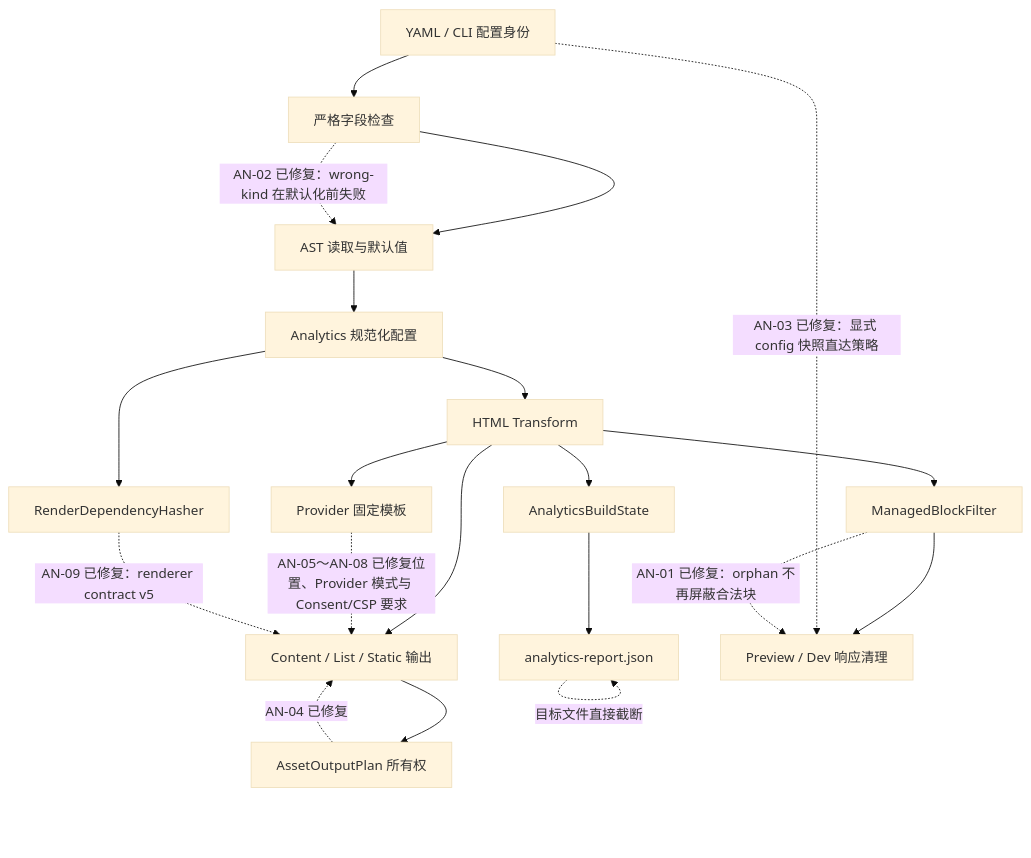
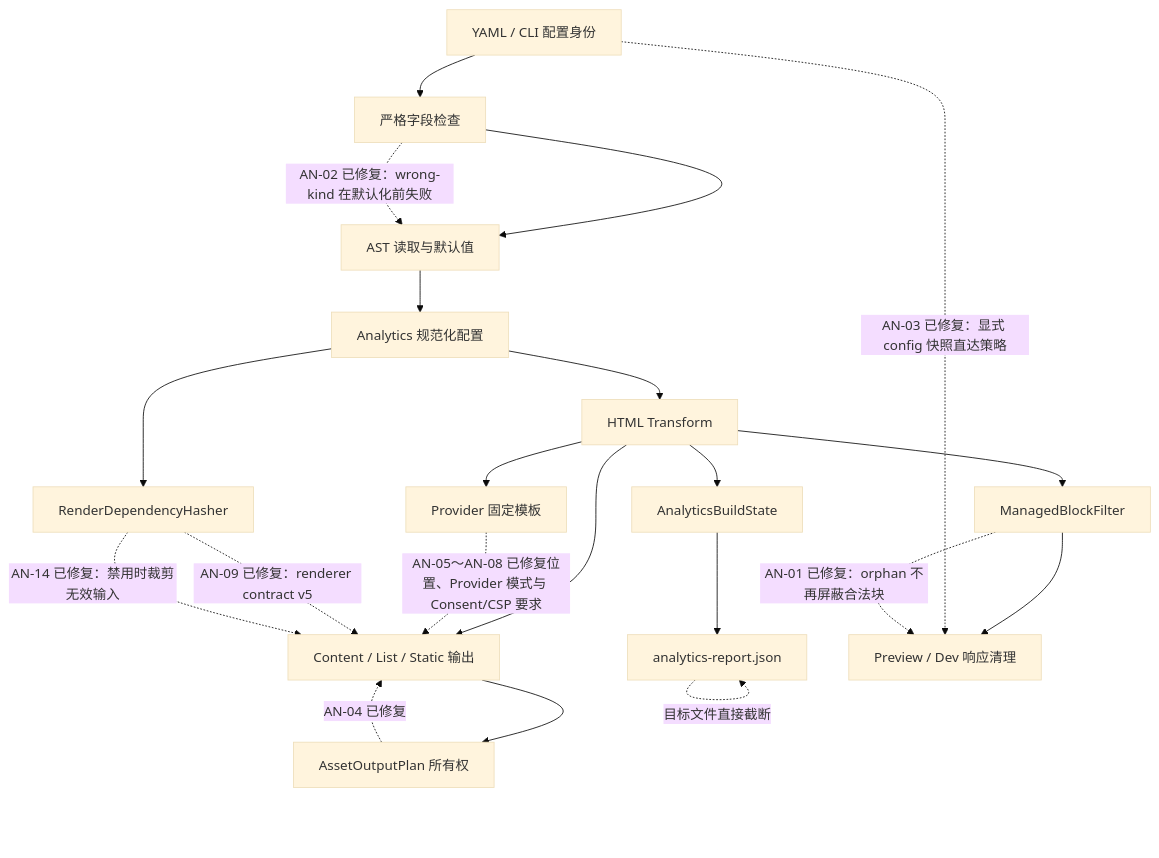
One commit to ALi365-SDN-BHD/Bukit changed the diagram in docs/analysis/bukit-analytics-built-in-plugin-deep-audit-2026-07-18.zh-CN.md. Above: the diagram before and after it, drawn with Mermaid (base theme). The commit also changed other lines of this file and 10 other files, not shown here.

````diff
--- a/docs/analysis/bukit-analytics-built-in-plugin-deep-audit-2026-07-18.zh-CN.md
+++ b/docs/analysis/bukit-analytics-built-in-plugin-deep-audit-2026-07-18.zh-CN.md
@@ -77,23 +77,24 @@
 ```mermaid
 flowchart TD
     A["YAML / CLI 配置身份"] --> B["严格字段检查"]
     B --> C["AST 读取与默认值"]
     C --> D["Analytics 规范化配置"]
     D --> E["HTML Transform"]
     E --> F["ManagedBlockFilter"]
     E --> G["Provider 固定模板"]
     D --> H["RenderDependencyHasher"]
     E --> I["Content / List / Static 输出"]
     I --> J["AssetOutputPlan 所有权"]
     E --> K["AnalyticsBuildState"]
     K --> L["analytics-report.json"]
     F --> M["Preview / Dev 响应清理"]
 
     B -. "AN-02 已修复：wrong-kind 在默认化前失败" .-> C
     A -. "AN-03 已修复：显式 config 快照直达策略" .-> M
     F -. "AN-01 已修复：orphan 不再屏蔽合法块" .-> M
     G -. "AN-05～AN-08 已修复位置、Provider 模式与 Consent/CSP 要求" .-> I
     H -. "AN-09 已修复：renderer contract v5" .-> I
+    H -. "AN-14 已修复：禁用时裁剪无效输入" .-> I
     L -. "目标文件直接截断" .-> L
     J -. "AN-04 已修复" .-> I
 ```
````
